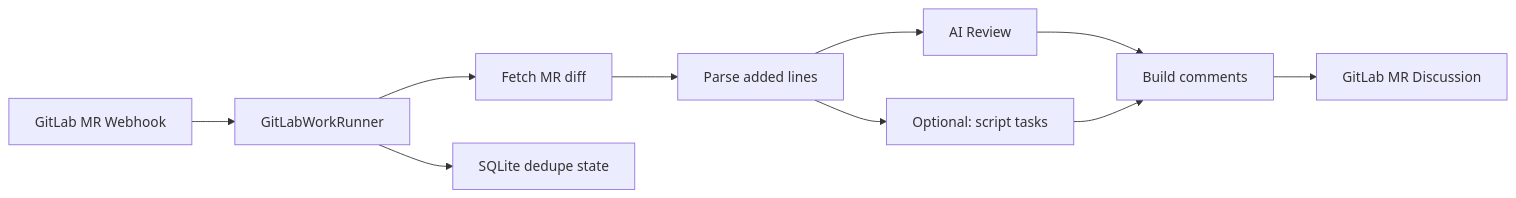
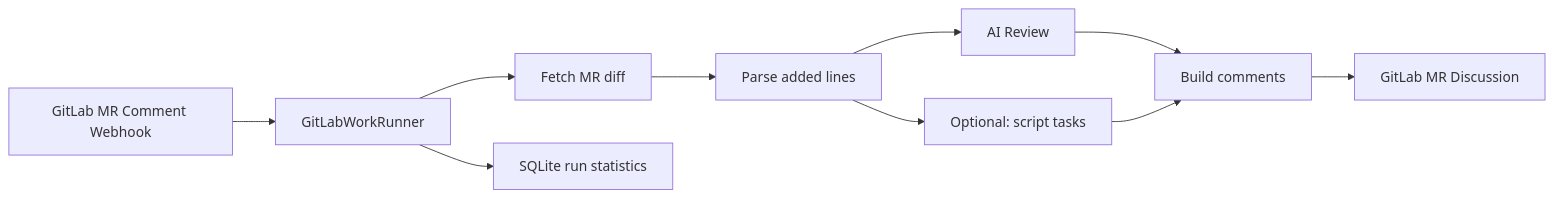
The first of 2 diagrams in README.en.md (SwartzMss/GitLabWorkRunner), drawn with Mermaid before and after one commit. The commit also changed other lines of this file and 1 other file, not shown here.

````diff
--- a/README.en.md
+++ b/README.en.md
@@ -11,12 +11,12 @@
 ```mermaid
 flowchart LR
-    A["GitLab MR Webhook"] --> B["GitLabWorkRunner"]
+    A["GitLab MR Comment Webhook"] --> B["GitLabWorkRunner"]
     B --> C["Fetch MR diff"]
     C --> D["Parse added lines"]
     D --> F["AI Review"]
     D --> E["Optional: script tasks"]
     F --> H["Build comments"]
     E --> H
     H --> I["GitLab MR Discussion"]
-    B --> J["SQLite dedupe state"]
+    B --> J["SQLite run statistics"]
 ```
````
